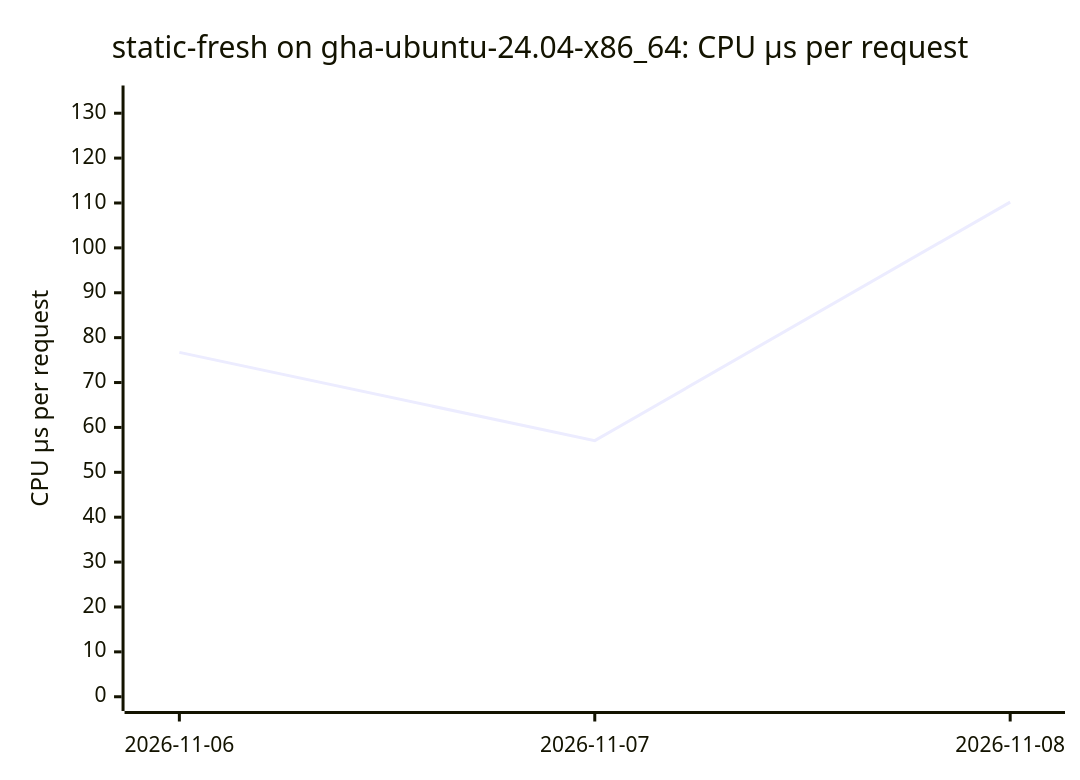
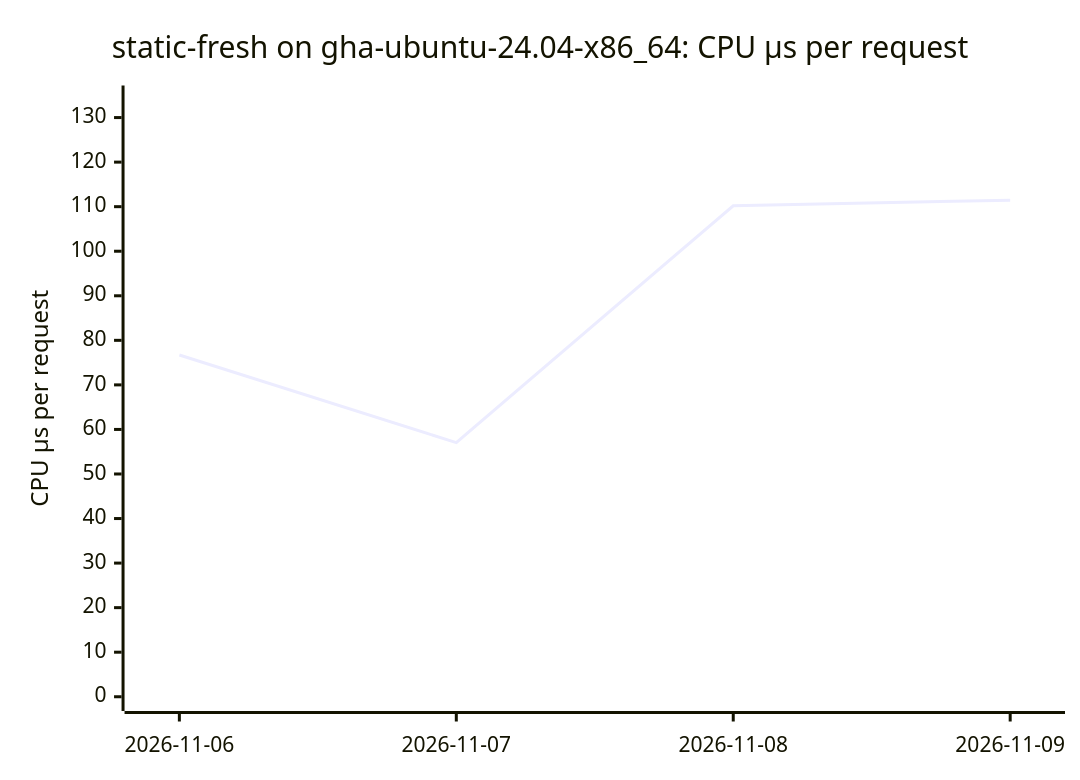
One commit to ThePixelPilgrim/durchlauferhitzer changed the third of 18 diagrams in BENCHMARKS.md. Above: the diagram before and after it, drawn with Mermaid. The commit also changed other lines of this file and 1 other file, not shown here.

````diff
--- a/BENCHMARKS.md
+++ b/BENCHMARKS.md
@@ -45,7 +46,7 @@
 ```mermaid
 xychart-beta
   title "static-fresh on gha-ubuntu-24.04-x86_64: CPU µs per request"
-  x-axis ["2026-11-06", "2026-11-07", "2026-11-08"]
-  y-axis "CPU µs per request" 0 --> 133
-  line [76.72, 57.05, 110.20]
+  x-axis ["2026-11-06", "2026-11-07", "2026-11-08", "2026-11-09"]
+  y-axis "CPU µs per request" 0 --> 134
+  line [76.72, 57.05, 110.20, 111.47]
 ```
````
